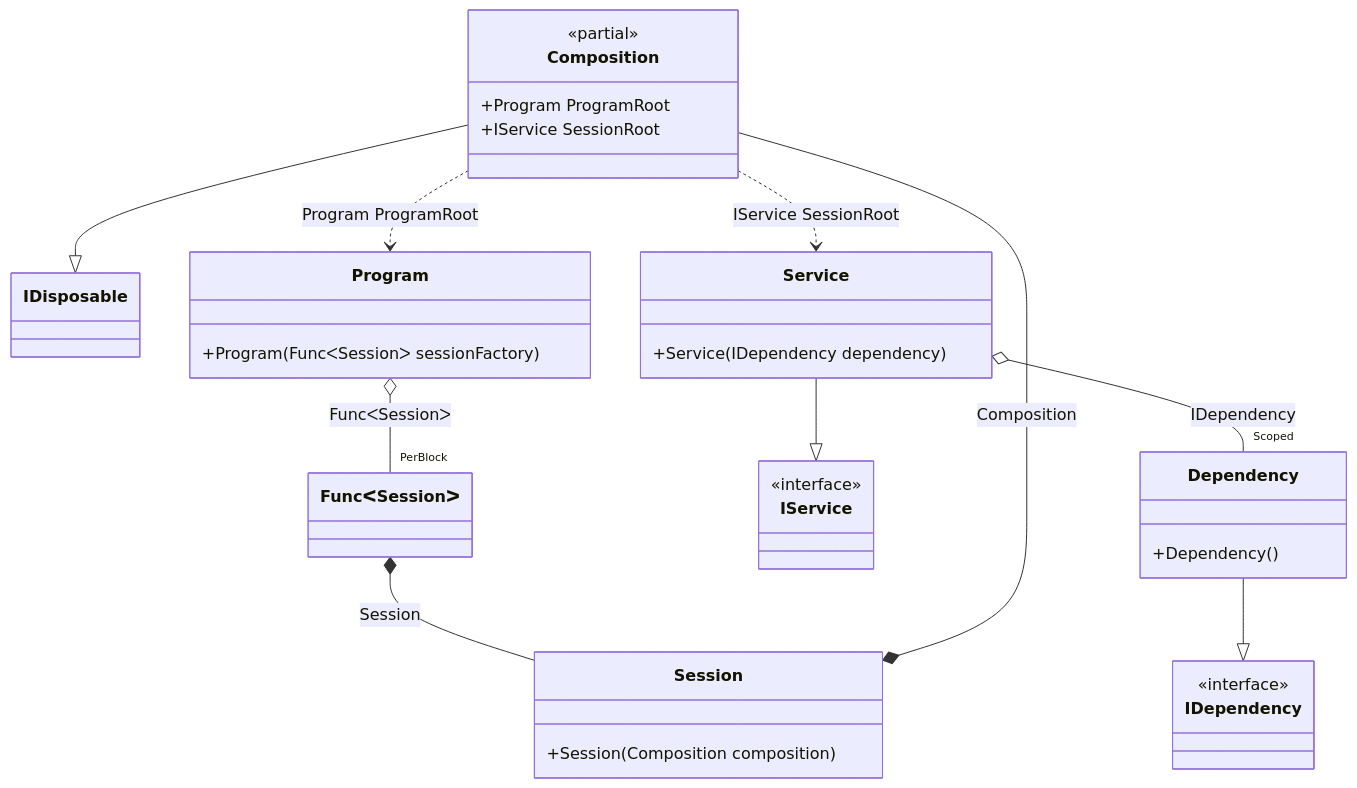
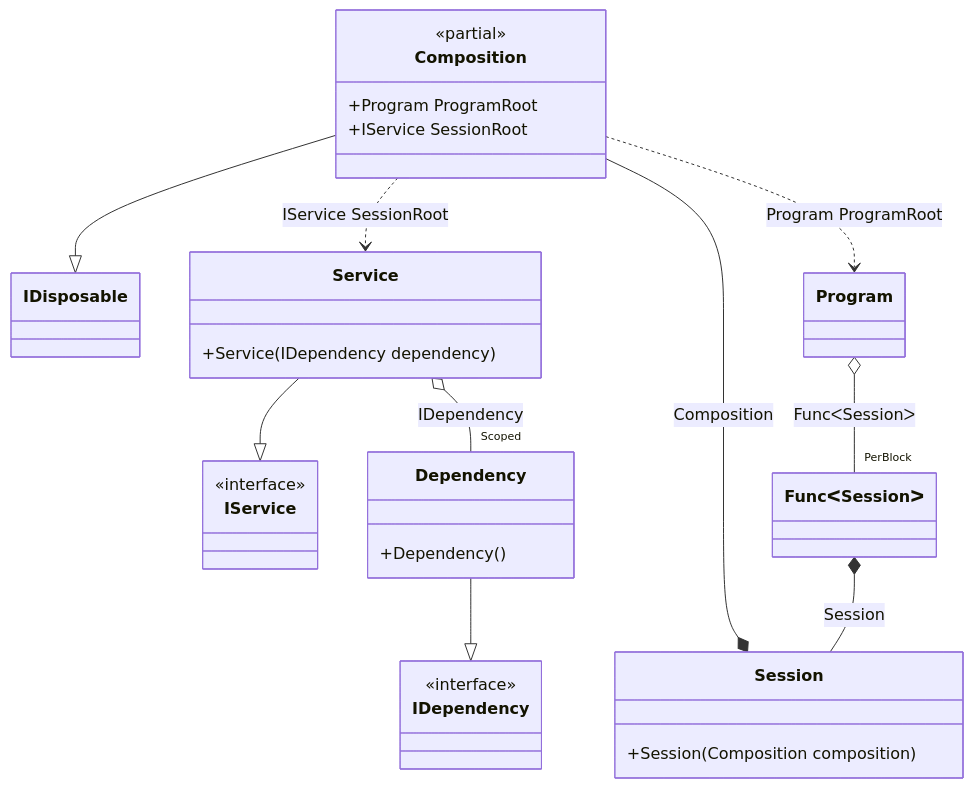
Before and after one commit to DevTeam/Pure.DI: the diagram in readme/scope.md, drawn with Mermaid. The commit also changed other lines of this file and 92 other files, not shown here.

````diff
--- a/readme/scope.md
+++ b/readme/scope.md
@@ -184,37 +184,34 @@
 ```mermaid
 classDiagram
 	class Composition {
 		<<partial>>
 		+Program ProgramRoot
 		+IService SessionRoot
 	}
 	Composition --|> IDisposable
-	class Session {
-		+Session(Composition composition)
+	Service --|> IService
+	class Service {
+		+Service(IDependency dependency)
 	}
-	class Program {
-		+Program(FuncᐸSessionᐳ sessionFactory)
-	}
+	class FuncᐸSessionᐳ
 	Dependency --|> IDependency
 	class Dependency {
 		+Dependency()
 	}
-	Service --|> IService
-	class Service {
-		+Service(IDependency dependency)
+	class Session {
+		+Session(Composition composition)
 	}
 	class Composition
-	class FuncᐸSessionᐳ
+	class IService {
+		<<interface>>
+	}
 	class IDependency {
 		<<interface>>
 	}
-	class IService {
-		<<interface>>
-	}
-	Session *--  Composition : Composition
-	Program o-- "PerBlock" FuncᐸSessionᐳ : FuncᐸSessionᐳ
 	Composition ..> Program : Program ProgramRoot
 	Composition ..> Service : IService SessionRoot
+	Program o-- "PerBlock" FuncᐸSessionᐳ : FuncᐸSessionᐳ
 	Service o-- "Scoped" Dependency : IDependency
 	FuncᐸSessionᐳ *--  Session : Session
+	Session *--  Composition : Composition
 ```
````
